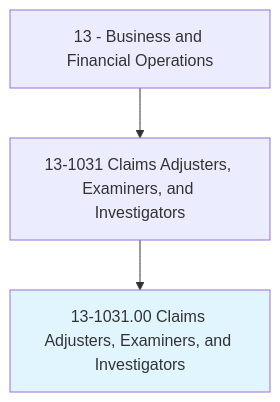
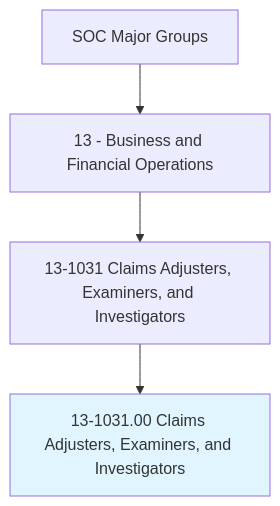
Before and after one commit to kziemski/business.org.ai: the first of 4 diagrams in occupations/Business/ClaimsAdjustersExaminersAndInvestigators.mdx, drawn with Mermaid. The commit also changed other lines of this file and 938 other files, not shown here.

````diff
--- a/occupations/Business/ClaimsAdjustersExaminersAndInvestigators.mdx
+++ b/occupations/Business/ClaimsAdjustersExaminersAndInvestigators.mdx
@@ -19,6 +25,7 @@
 ```mermaid
 graph TD
-    Cat13["13 - Business and Financial Operations"] --> Group131031["13-1031 Claims Adjusters, Examiners, and Investigators"]
-    Group131031 --> Current["13-1031.00 Claims Adjusters, Examiners, and Investigators"]
+    SOC["SOC Major Groups"] --> Cat13["13 - Business and Financial Operations"]
+    Cat13 --> G131031["13-1031 Claims Adjusters, Examiners, and Investigators"]
+    G131031 --> Current["13-1031.00 Claims Adjusters, Examiners, and Investigators"]
     style Current fill:#e1f5fe
 ```
````
